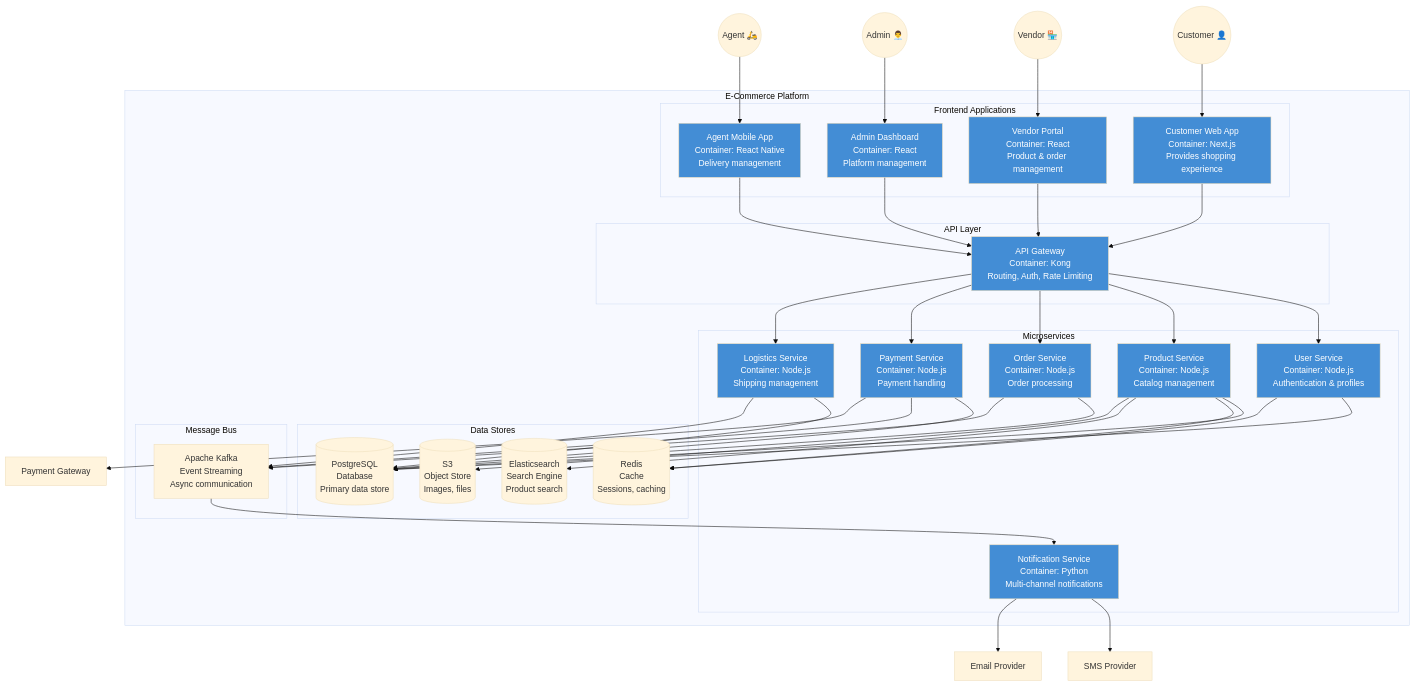
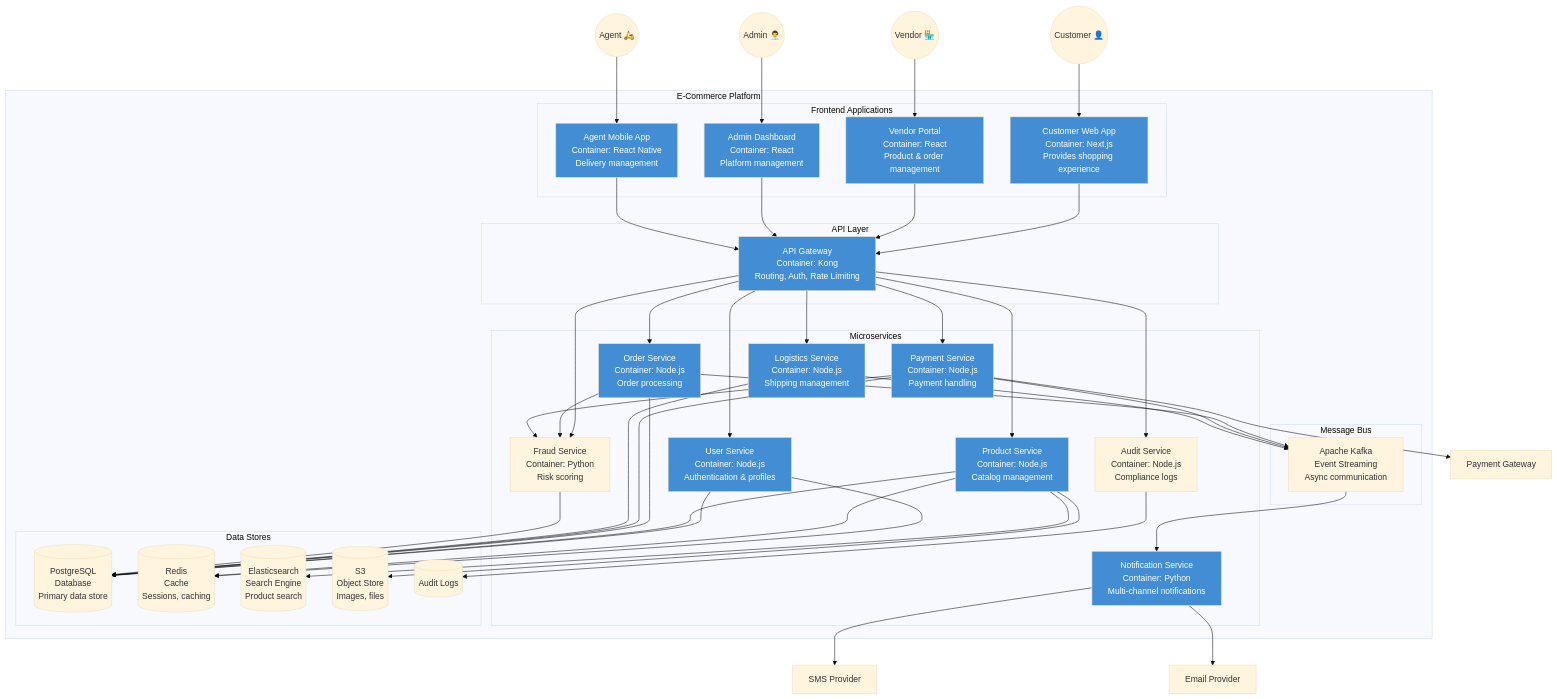
The second of 6 diagrams in E-Commerce/high-level-design/c4-diagrams.md (0Ankit0/Project-Ideas), drawn with Mermaid (base theme) before and after one commit. The commit also changed other lines of this file and 21 other files, not shown here.

```diff
--- a/E-Commerce/high-level-design/c4-diagrams.md
+++ b/E-Commerce/high-level-design/c4-diagrams.md
@@ -70,6 +72,8 @@
             PaymentSvc[Payment Service<br>Container: Node.js<br>Payment handling]
             LogSvc[Logistics Service<br>Container: Node.js<br>Shipping management]
             NotifSvc[Notification Service<br>Container: Python<br>Multi-channel notifications]
+            FraudSvc[Fraud Service<br>Container: Python<br>Risk scoring]
+            AuditSvc[Audit Service<br>Container: Node.js<br>Compliance logs]
         end
         
         subgraph "Data Stores"
@@ -77,6 +81,7 @@
             Redis[(Redis<br>Cache<br>Sessions, caching)]
             Elastic[(Elasticsearch<br>Search Engine<br>Product search)]
             S3[(S3<br>Object Store<br>Images, files)]
+            AuditDB[(Audit Logs)]
         end
         
         subgraph "Message Bus"
@@ -103,12 +108,16 @@
     Gateway --> OrderSvc
     Gateway --> PaymentSvc
     Gateway --> LogSvc
+    Gateway --> FraudSvc
+    Gateway --> AuditSvc
     
     UserSvc --> DB
     ProductSvc --> DB
     OrderSvc --> DB
     PaymentSvc --> DB
     LogSvc --> DB
+    FraudSvc --> DB
+    AuditSvc --> AuditDB
     
     UserSvc --> Redis
     ProductSvc --> Redis
@@ -119,6 +128,8 @@
     PaymentSvc --> Kafka
     LogSvc --> Kafka
     Kafka --> NotifSvc
+    OrderSvc --> FraudSvc
+    PaymentSvc --> FraudSvc
     
     PaymentSvc --> PaymentGW
     NotifSvc --> SMS
```
